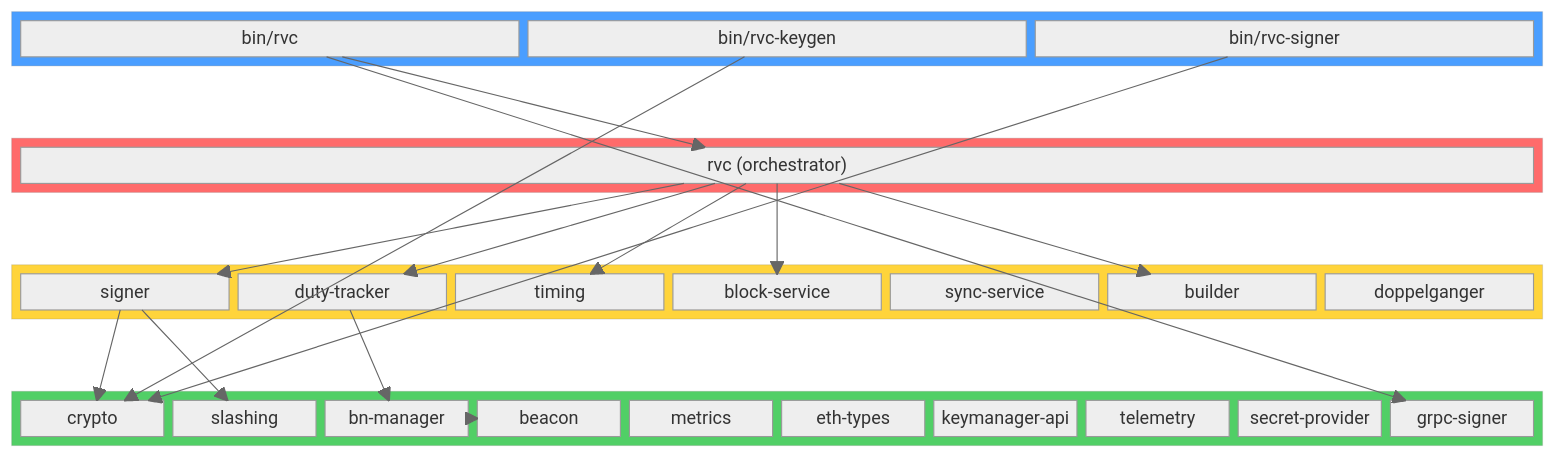
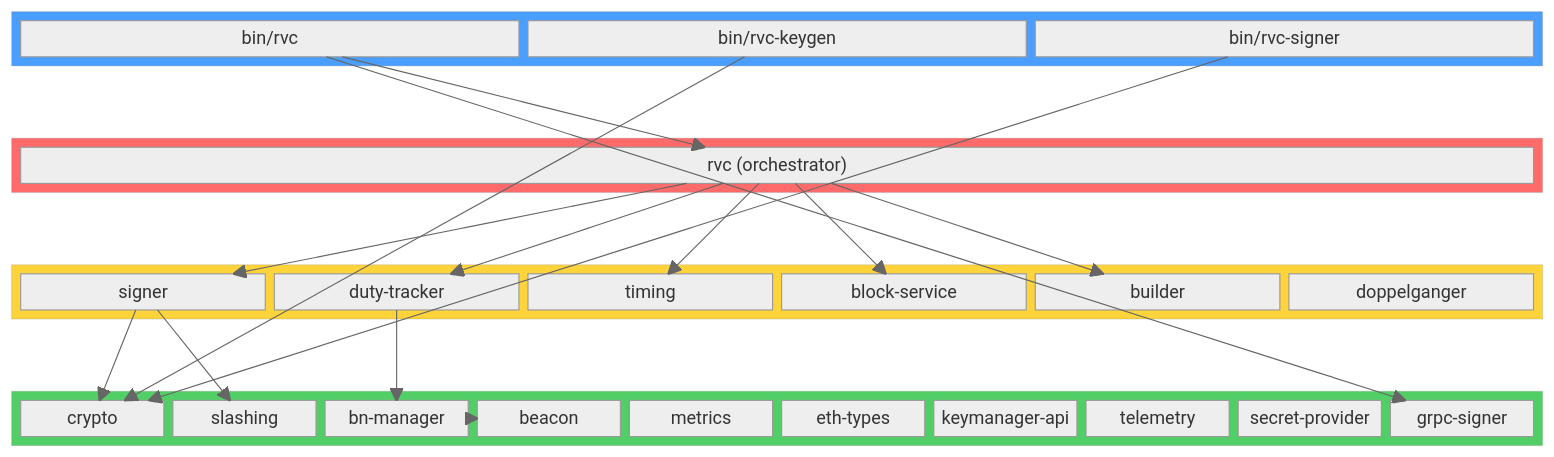
The third of 8 diagrams in ARCHITECTURE.md (dsrvlabs/rvc), drawn with Mermaid (neutral theme) before and after one commit. The commit also changed other lines of this file and 8 other files, not shown here.

First line of the commit message:
chore: remove tracked sync-service shell and regenerate architecture doc

````diff
--- a/ARCHITECTURE.md
+++ b/ARCHITECTURE.md
@@ -232,62 +224,61 @@
 ```mermaid
 block-beta
     columns 8
 
     block:binary:8
         BIN["bin/rvc"]
         KEYGEN["bin/rvc-keygen"]
         SIGBIN["bin/rvc-signer"]
     end
 
     space:8
 
     block:orchestrator:8
         RVC["rvc (orchestrator)"]
     end
 
     space:8
 
     block:domain:8
         SIGNER["signer"]
         DUTY["duty-tracker"]
         TIMING["timing"]
         BLOCK["block-service"]
-        SYNC["sync-service"]
         BUILD["builder"]
         DOPP["doppelganger"]
     end
 
     space:8
 
     block:foundation:8
         CRYPTO["crypto"]
         SLASHING["slashing"]
         BNM["bn-manager"]
         BEACON["beacon"]
         METRICS["metrics"]
         ETH["eth-types"]
         KMA["keymanager-api"]
         TEL["telemetry"]
         SP["secret-provider"]
         GRPCSIGNER["grpc-signer"]
     end
 
     BIN --> RVC
     BIN --> GRPCSIGNER
     KEYGEN --> CRYPTO
     SIGBIN --> CRYPTO
     RVC --> SIGNER
     RVC --> DUTY
     RVC --> TIMING
     RVC --> BLOCK
     RVC --> BUILD
     SIGNER --> CRYPTO
     SIGNER --> SLASHING
     DUTY --> BNM
     BNM --> BEACON
 
     style binary fill:#4a9eff,color:#fff
     style orchestrator fill:#ff6b6b,color:#fff
     style domain fill:#ffd43b,color:#333
     style foundation fill:#51cf66,color:#fff
 ```
````
